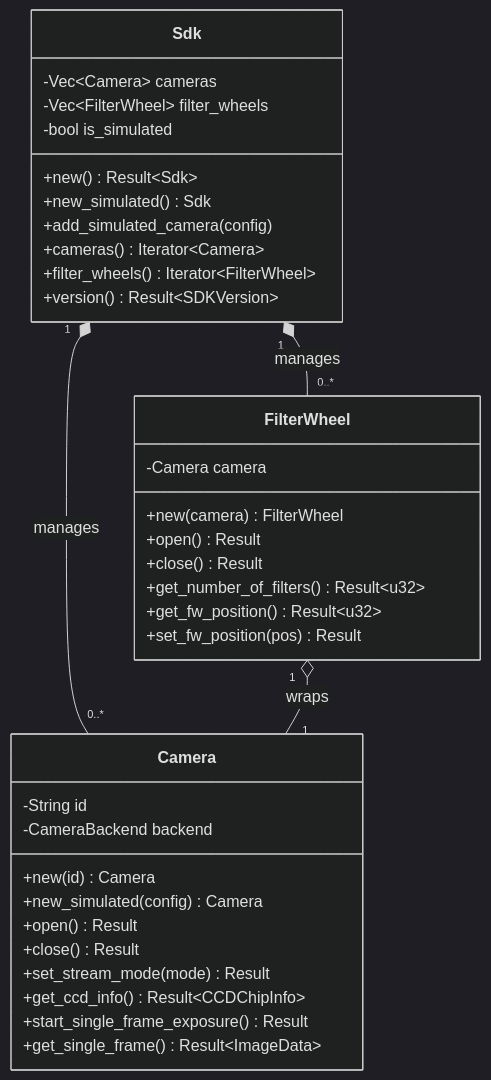
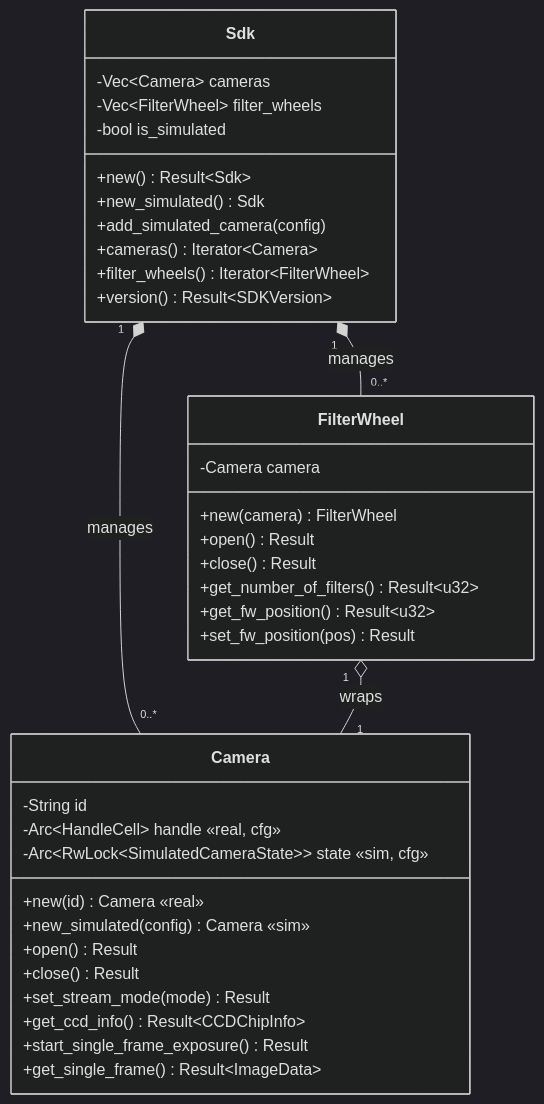
The third of 19 diagrams in crates/qhyccd-rs/docs/qhyccd-rs.md (ivonnyssen/rusty-photon), drawn with Mermaid (dark theme) before and after one commit. The commit also changed other lines of this file and 30 other files, not shown here.

````diff
--- a/crates/qhyccd-rs/docs/qhyccd-rs.md
+++ b/crates/qhyccd-rs/docs/qhyccd-rs.md
@@ -94,41 +94,42 @@
 ```mermaid
 classDiagram
     class Sdk {
         -Vec~Camera~ cameras
         -Vec~FilterWheel~ filter_wheels
         -bool is_simulated
         +new() Result~Sdk~
         +new_simulated() Sdk
         +add_simulated_camera(config)
         +cameras() Iterator~Camera~
         +filter_wheels() Iterator~FilterWheel~
         +version() Result~SDKVersion~
     }
 
     class Camera {
         -String id
-        -CameraBackend backend
-        +new(id) Camera
-        +new_simulated(config) Camera
+        -Arc~HandleCell~ handle «real, cfg»
+        -Arc~RwLock~SimulatedCameraState~~ state «sim, cfg»
+        +new(id) Camera «real»
+        +new_simulated(config) Camera «sim»
         +open() Result
         +close() Result
         +set_stream_mode(mode) Result
         +get_ccd_info() Result~CCDChipInfo~
         +start_single_frame_exposure() Result
         +get_single_frame() Result~ImageData~
     }
 
     class FilterWheel {
         -Camera camera
         +new(camera) FilterWheel
         +open() Result
         +close() Result
         +get_number_of_filters() Result~u32~
         +get_fw_position() Result~u32~
         +set_fw_position(pos) Result
     }
 
     Sdk "1" *-- "0..*" Camera : manages
     Sdk "1" *-- "0..*" FilterWheel : manages
     FilterWheel "1" o-- "1" Camera : wraps
 ```
````
